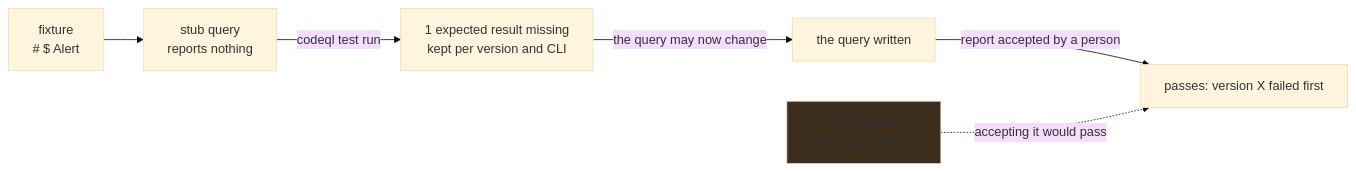
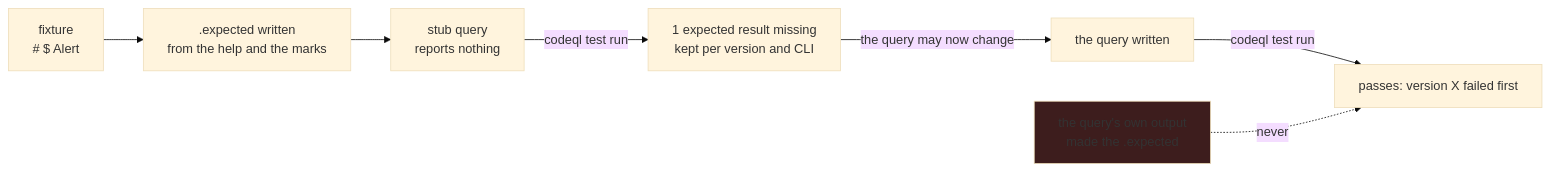
The second of 11 diagrams in docs/architecture.md (advanced-security/codeql-abom), drawn with Mermaid (base theme) before and after one commit. The commit also changed other lines of this file and 240 other files, not shown here.

````diff
--- a/docs/architecture.md
+++ b/docs/architecture.md
@@ -260,9 +261,10 @@
 ```mermaid
 flowchart LR
-    FIX["fixture<br/># $ Alert"] --> STUB["stub query<br/>reports nothing"]
+    FIX["fixture<br/># $ Alert"] --> EXP[".expected written<br/>from the help and the marks"]
+    EXP --> STUB["stub query<br/>reports nothing"]
     STUB -->|"codeql test run"| MISS["1 expected result missing<br/>kept per version and CLI"]
     MISS -->|"the query may now change"| REAL["the query written"]
-    REAL -->|"report accepted by a person"| PASS["passes: version X failed first"]
-    ACC["a report listing<br/>failed expectations"] -. "accepting it would pass" .-> PASS
-    style ACC fill:#3d2d1d
+    REAL -->|"codeql test run"| PASS["passes: version X failed first"]
+    ACC["the query's own output<br/>made the .expected"] -. "never" .-> PASS
+    style ACC fill:#3d1d1d
 ```
````
